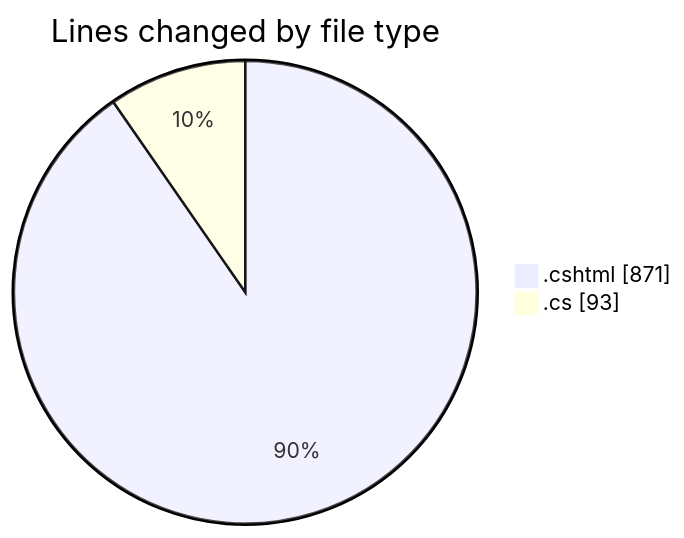
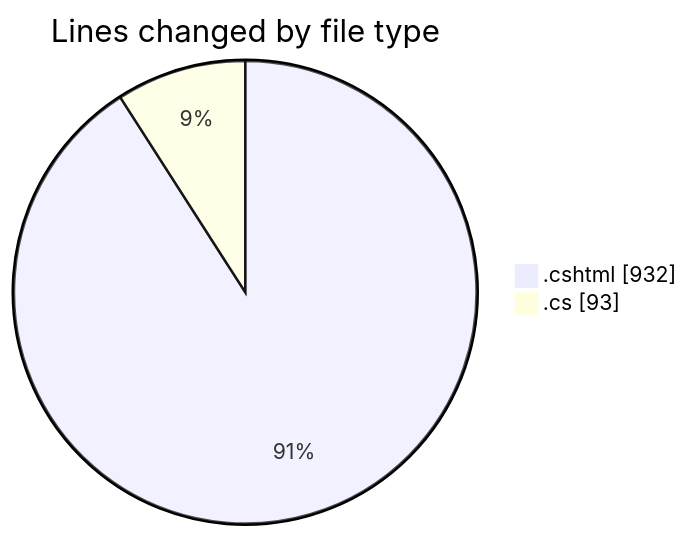
One commit to lephambinh05/code-tracking changed the first of 2 diagrams in 2025-07-20/nhahang/README.md. Above: the diagram before and after it, drawn with Mermaid. The commit also changed other lines of this file and 1 other file, not shown here.

````diff
--- a/2025-07-20/nhahang/README.md
+++ b/2025-07-20/nhahang/README.md
@@ -25,6 +25,6 @@
 ```mermaid
 pie showData
 title Lines changed by file type
-".cshtml" : 871
+".cshtml" : 932
 ".cs" : 93
 ```
````
